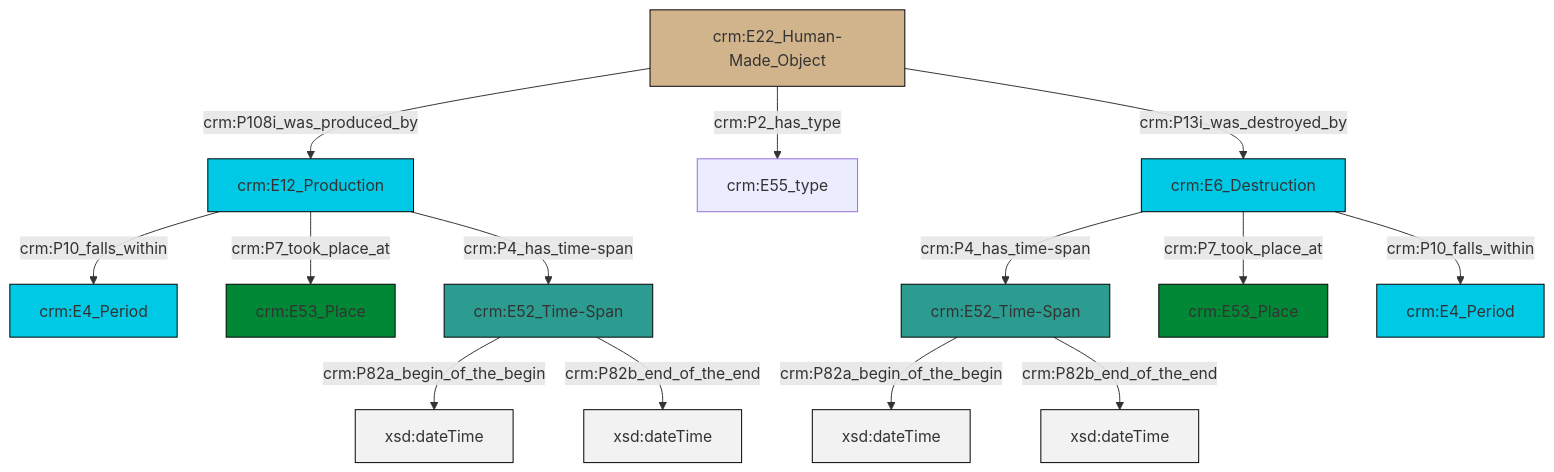
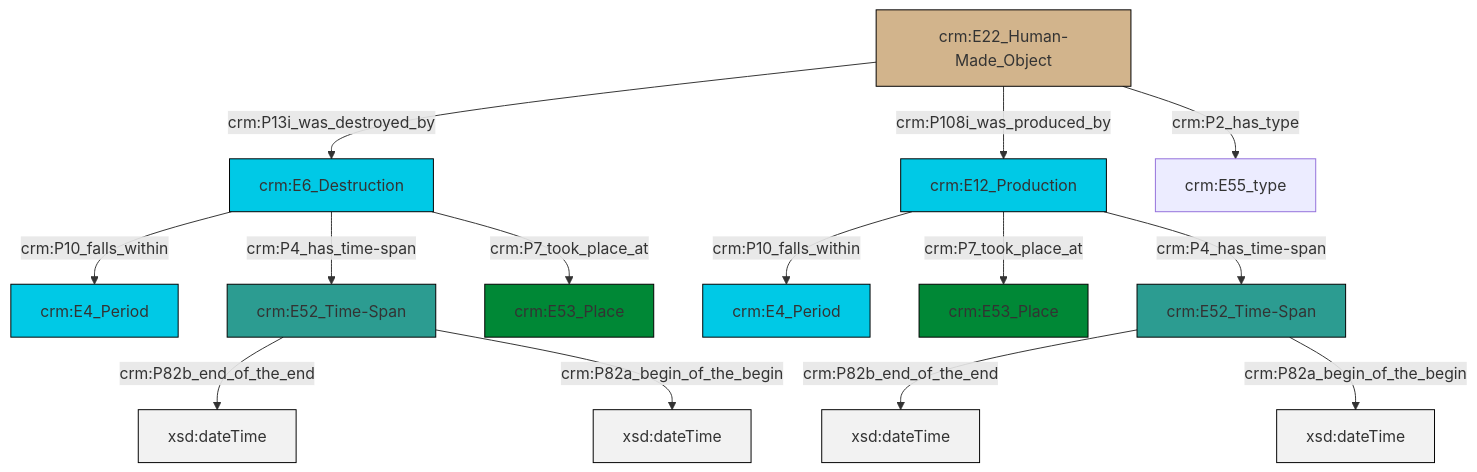
The diagram in et/builtWorkCSV/ttl/mmd/Built_Work_existence.ttl.mmd (swiss-art-research-net/docs.swissartresearch), drawn with Mermaid before and after one commit. The commit also changed 185 other files, not shown here.

```diff
--- a/et/builtWorkCSV/ttl/mmd/Built_Work_existence.ttl.mmd
+++ b/et/builtWorkCSV/ttl/mmd/Built_Work_existence.ttl.mmd
@@ -1,28 +1,28 @@
 graph TD
 classDef Literal fill:#f2f2f2,stroke:#000000;
 classDef CRM_Entity fill:#FFFFFF,stroke:#000000;
 classDef Temporal_Entity fill:#00C9E6, stroke:#000000;
 classDef Type fill:#E18312, stroke:#000000;
 classDef Time-Span fill:#2C9C91, stroke:#000000;
 classDef Appellation fill:#FFEB7F, stroke:#000000;
 classDef Place fill:#008836, stroke:#000000;
 classDef Persistent_Item fill:#B266B2, stroke:#000000;
 classDef Conceptual_Object fill:#FFD700, stroke:#000000;
 classDef Physical_Thing fill:#D2B48C, stroke:#000000;
 classDef Actor fill:#f58aad, stroke:#000000;
 classDef PC_Classes fill:#4ce600, stroke:#000000;
 classDef Multi fill:#cccccc,stroke:#000000;
 
-2["crm:E12_Production"]:::Temporal_Entity -->|crm:P7_took_place_at| 3["crm:E53_Place"]:::Place
-4["crm:E52_Time-Span"]:::Time-Span -->|crm:P82a_begin_of_the_begin| 7[xsd:dateTime]:::Literal
-10["crm:E22_Human-Made_Object"]:::Physical_Thing -->|crm:P108i_was_produced_by| 2["crm:E12_Production"]:::Temporal_Entity
-8["crm:E52_Time-Span"]:::Time-Span -->|crm:P82a_begin_of_the_begin| 13[xsd:dateTime]:::Literal
-14["crm:E6_Destruction"]:::Temporal_Entity -->|crm:P7_took_place_at| 15["crm:E53_Place"]:::Place
-2["crm:E12_Production"]:::Temporal_Entity -->|crm:P4_has_time-span| 4["crm:E52_Time-Span"]:::Time-Span
-10["crm:E22_Human-Made_Object"]:::Physical_Thing -->|crm:P2_has_type| 11["crm:E55_type"]:::Default
-2["crm:E12_Production"]:::Temporal_Entity -->|crm:P10_falls_within| 0["crm:E4_Period"]:::Temporal_Entity
-10["crm:E22_Human-Made_Object"]:::Physical_Thing -->|crm:P13i_was_destroyed_by| 14["crm:E6_Destruction"]:::Temporal_Entity
-4["crm:E52_Time-Span"]:::Time-Span -->|crm:P82b_end_of_the_end| 20[xsd:dateTime]:::Literal
-8["crm:E52_Time-Span"]:::Time-Span -->|crm:P82b_end_of_the_end| 23[xsd:dateTime]:::Literal
-14["crm:E6_Destruction"]:::Temporal_Entity -->|crm:P4_has_time-span| 8["crm:E52_Time-Span"]:::Time-Span
-14["crm:E6_Destruction"]:::Temporal_Entity -->|crm:P10_falls_within| 16["crm:E4_Period"]:::Temporal_Entity
+2["crm:E22_Human-Made_Object"]:::Physical_Thing -->|crm:P13i_was_destroyed_by| 3["crm:E6_Destruction"]:::Temporal_Entity
+6["crm:E52_Time-Span"]:::Time-Span -->|crm:P82b_end_of_the_end| 7[xsd:dateTime]:::Literal
+2["crm:E22_Human-Made_Object"]:::Physical_Thing -->|crm:P108i_was_produced_by| 11["crm:E12_Production"]:::Temporal_Entity
+4["crm:E52_Time-Span"]:::Time-Span -->|crm:P82b_end_of_the_end| 14[xsd:dateTime]:::Literal
+11["crm:E12_Production"]:::Temporal_Entity -->|crm:P10_falls_within| 15["crm:E4_Period"]:::Temporal_Entity
+3["crm:E6_Destruction"]:::Temporal_Entity -->|crm:P10_falls_within| 12["crm:E4_Period"]:::Temporal_Entity
+2["crm:E22_Human-Made_Object"]:::Physical_Thing -->|crm:P2_has_type| 0["crm:E55_type"]:::Default
+3["crm:E6_Destruction"]:::Temporal_Entity -->|crm:P4_has_time-span| 4["crm:E52_Time-Span"]:::Time-Span
+3["crm:E6_Destruction"]:::Temporal_Entity -->|crm:P7_took_place_at| 17["crm:E53_Place"]:::Place
+11["crm:E12_Production"]:::Temporal_Entity -->|crm:P7_took_place_at| 9["crm:E53_Place"]:::Place
+6["crm:E52_Time-Span"]:::Time-Span -->|crm:P82a_begin_of_the_begin| 21[xsd:dateTime]:::Literal
+11["crm:E12_Production"]:::Temporal_Entity -->|crm:P4_has_time-span| 6["crm:E52_Time-Span"]:::Time-Span
+4["crm:E52_Time-Span"]:::Time-Span -->|crm:P82a_begin_of_the_begin| 23[xsd:dateTime]:::Literal
```
